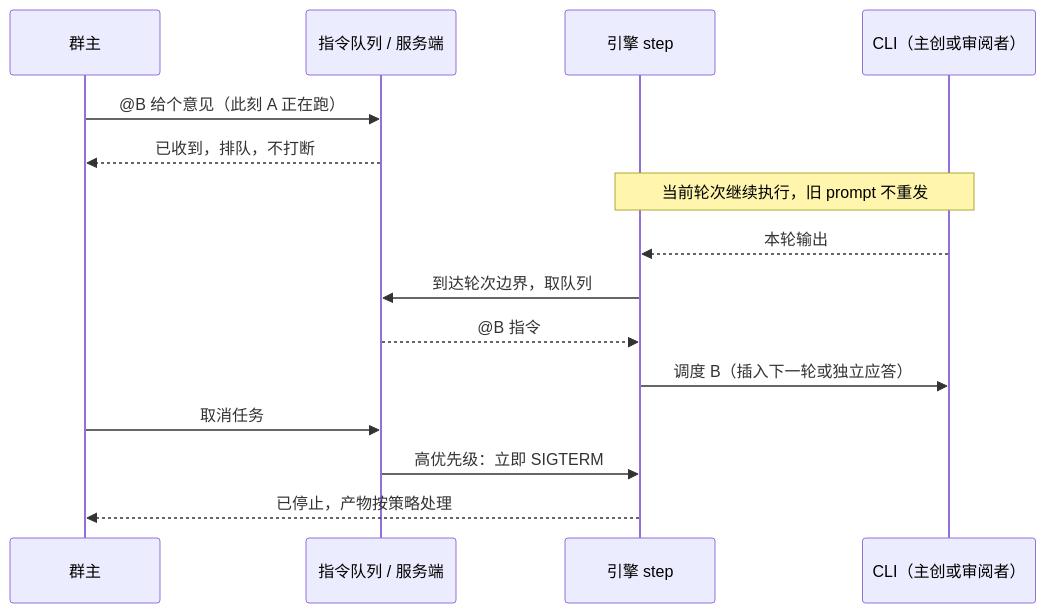
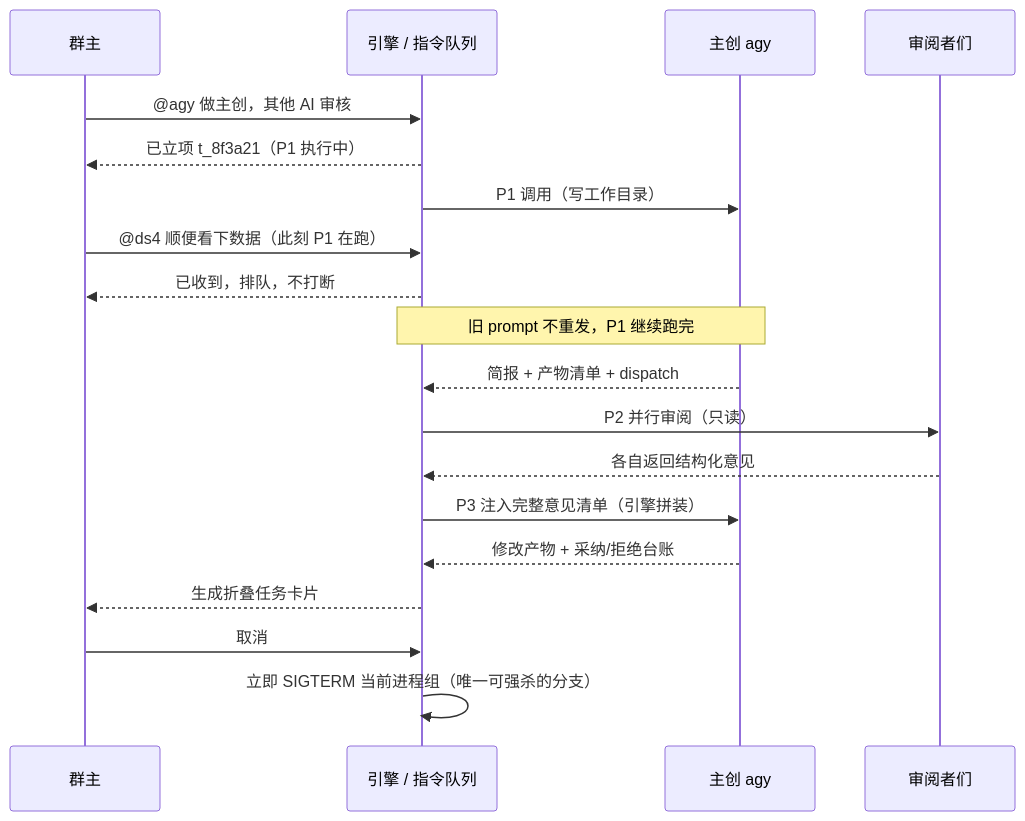
Before and after one commit to BinaryAlan/ai-atelier: the second of 3 diagrams in docs/task-review-protocol.md, drawn with Mermaid. The commit also changed other lines of this file, not shown here.

````diff
--- a/docs/task-review-protocol.md
+++ b/docs/task-review-protocol.md
@@ -113,17 +300,21 @@
 ```mermaid
 sequenceDiagram
     participant U as 群主
-    participant Q as 指令队列 / 服务端
-    participant E as 引擎 step
-    participant C as CLI（主创或审阅者）
-    U->>Q: @B 给个意见（此刻 A 正在跑）
-    Q-->>U: 已收到，排队，不打断
-    Note over E,C: 当前轮次继续执行，旧 prompt 不重发
-    C-->>E: 本轮输出
-    E->>Q: 到达轮次边界，取队列
-    Q-->>E: @B 指令
-    E->>C: 调度 B（插入下一轮或独立应答）
-    U->>Q: 取消任务
-    Q->>E: 高优先级：立即 SIGTERM
-    E-->>U: 已停止，产物按策略处理
+    participant E as 引擎 / 指令队列
+    participant O as 主创 agy
+    participant R as 审阅者们
+    U->>E: @agy 做主创，其他 AI 审核
+    E-->>U: 已立项 t_8f3a21（P1 执行中）
+    E->>O: P1 调用（写工作目录）
+    U->>E: @ds4 顺便看下数据（此刻 P1 在跑）
+    E-->>U: 已收到，排队，不打断
+    Note over E,O: 旧 prompt 不重发，P1 继续跑完
+    O-->>E: 简报 + 产物清单 + dispatch
+    E->>R: P2 并行审阅（只读）
+    R-->>E: 各自返回结构化意见
+    E->>O: P3 注入完整意见清单（引擎拼装）
+    O-->>E: 修改产物 + 采纳/拒绝台账
+    E-->>U: 生成折叠任务卡片
+    U->>E: 取消
+    E->>E: 立即 SIGTERM 当前进程组（唯一可强杀的分支）
 ```
````
